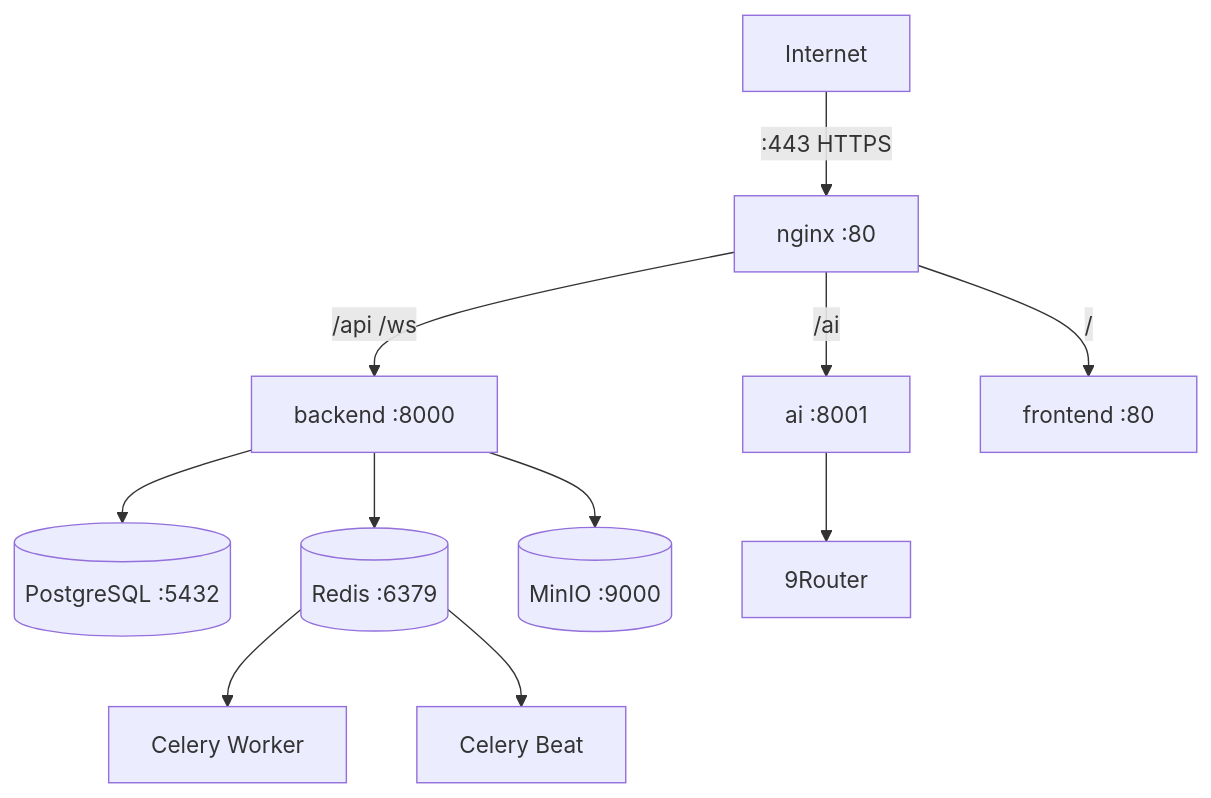
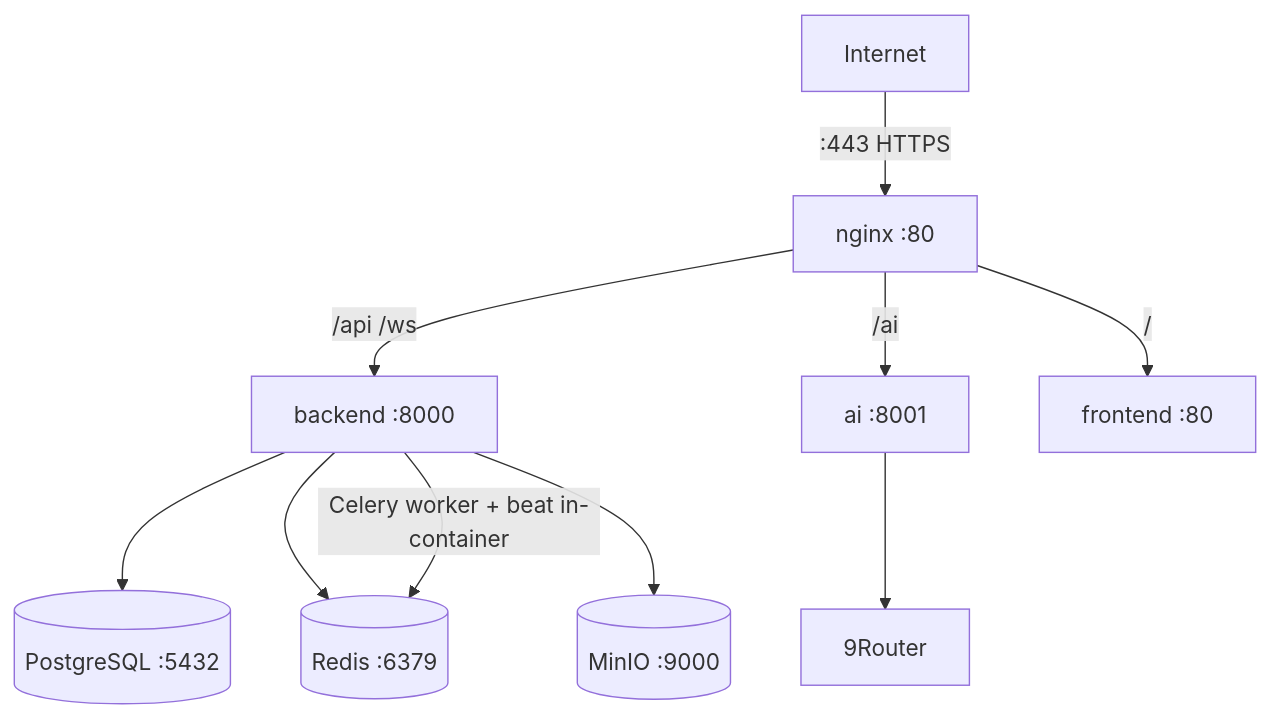
Before and after one commit to CannonFodder151/autobrain: the first of 4 diagrams in docs/infrastructure-diagrams.md, drawn with Mermaid. The commit also changed other lines of this file and 14 other files, not shown here.

First line of the commit message:
P1-1: Consolidate to 6 containers — fold Celery worker+beat into backend

````diff
--- a/docs/infrastructure-diagrams.md
+++ b/docs/infrastructure-diagrams.md
@@ -5,13 +5,12 @@
 ```mermaid
 graph TD
     Net[Internet] -->|:443 HTTPS| Nginx[nginx :80]
     Nginx -->|/api /ws| Backend[backend :8000]
     Nginx -->|/ai| AI[ai :8001]
     Nginx -->|/| Frontend[frontend :80]
     Backend --> Postgres[(PostgreSQL :5432)]
     Backend --> Redis[(Redis :6379)]
     Backend --> MinIO[(MinIO :9000)]
+    Backend -->|Celery worker + beat in-container| Redis
     AI --> Router[9Router]
-    Redis --> Worker[Celery Worker]
-    Redis --> Beat[Celery Beat]
 ```
````
